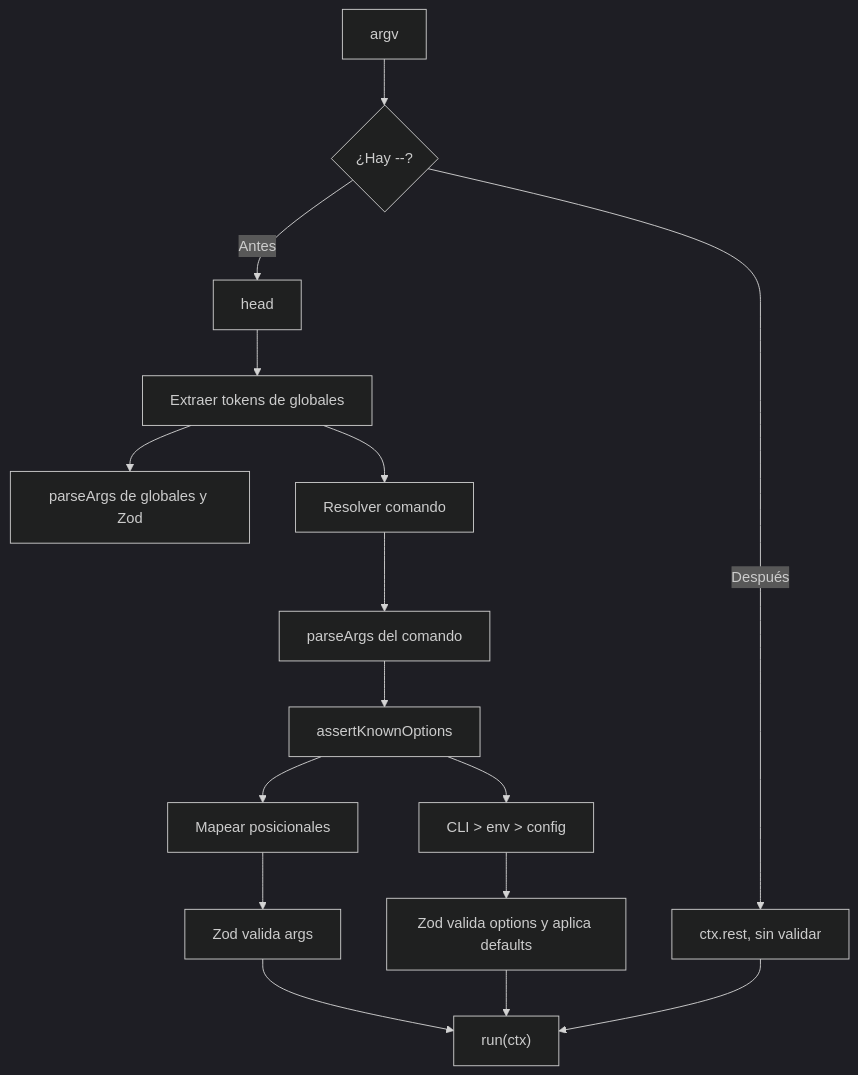
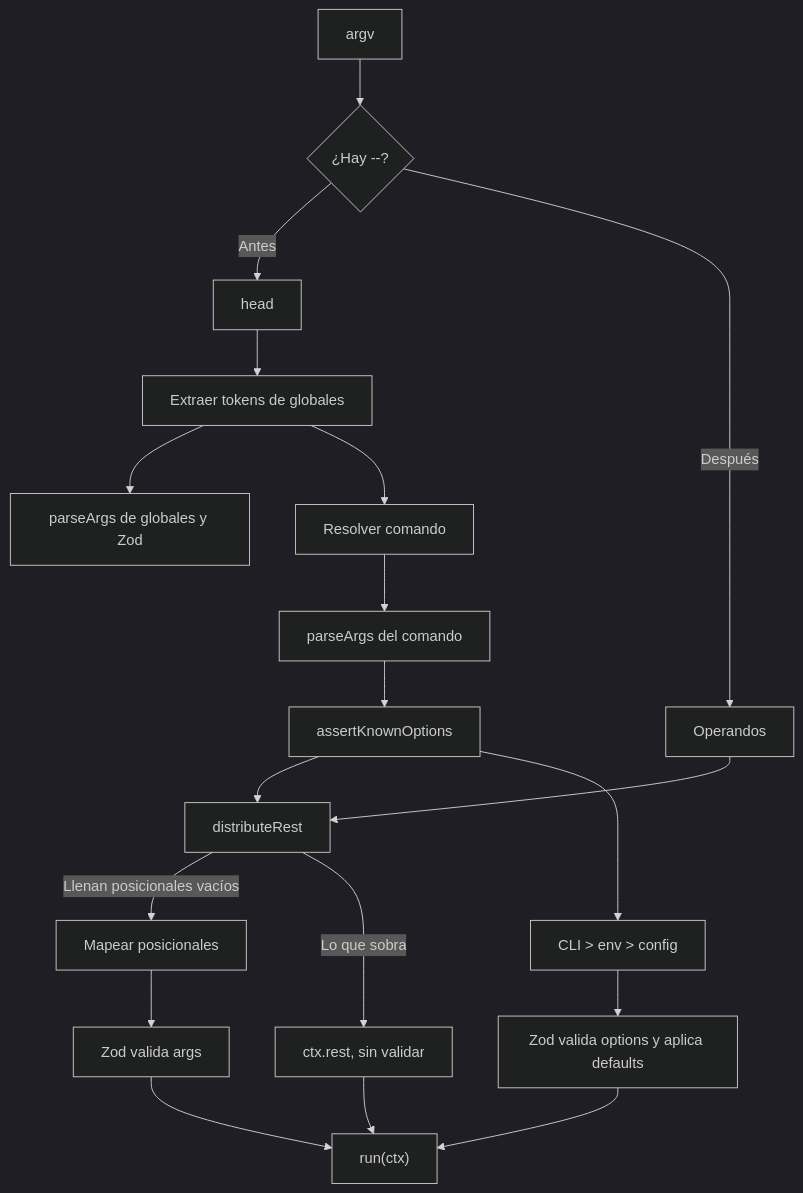
One commit to jrodrigopuca/runa-cmd changed the first of 2 diagrams in docs/flows/argument-parsing.md. Above: the diagram before and after it, drawn with Mermaid (dark theme). The commit also changed other lines of this file and 36 other files, not shown here.

````diff
--- a/docs/flows/argument-parsing.md
+++ b/docs/flows/argument-parsing.md
@@ -7,18 +7,21 @@
 ```mermaid
 flowchart TD
     A["argv"] --> B{"¿Hay --?"}
     B -->|"Antes"| C["head"]
-    B -->|"Después"| R["ctx.rest, sin validar"]
+    B -->|"Después"| R["Operandos"]
     C --> D["Extraer tokens de globales"]
     D --> E["parseArgs de globales y Zod"]
     D --> F["Resolver comando"]
     F --> G["parseArgs del comando"]
     G --> H["assertKnownOptions"]
-    H --> I["Mapear posicionales"]
+    R --> S["distributeRest"]
+    H --> S
+    S -->|"Llenan posicionales vacíos"| I["Mapear posicionales"]
+    S -->|"Lo que sobra"| T["ctx.rest, sin validar"]
     H --> J["CLI > env > config"]
     I --> K["Zod valida args"]
     J --> L["Zod valida options y aplica defaults"]
     K --> M["run(ctx)"]
     L --> M
-    R --> M
+    T --> M
 ```
````
